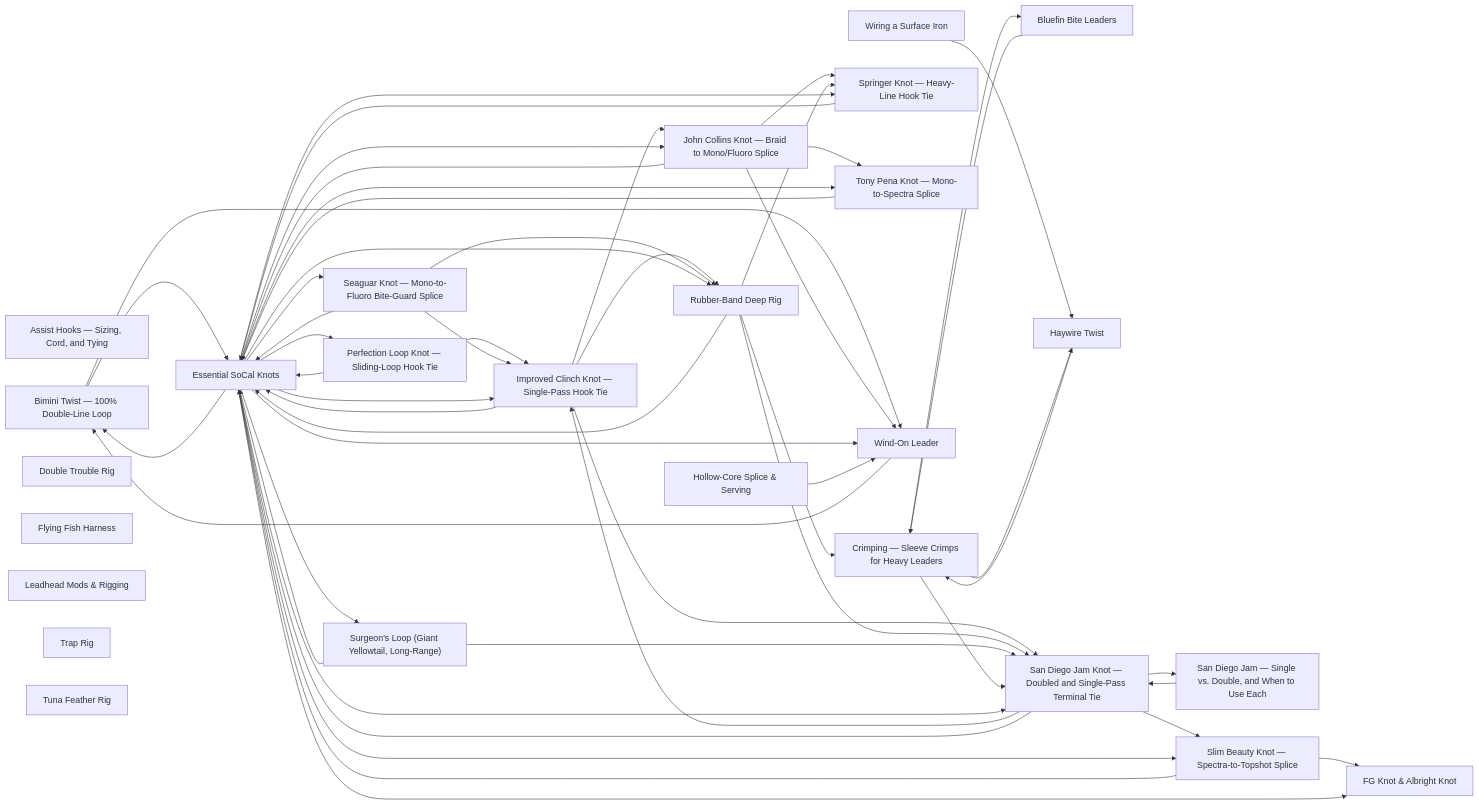
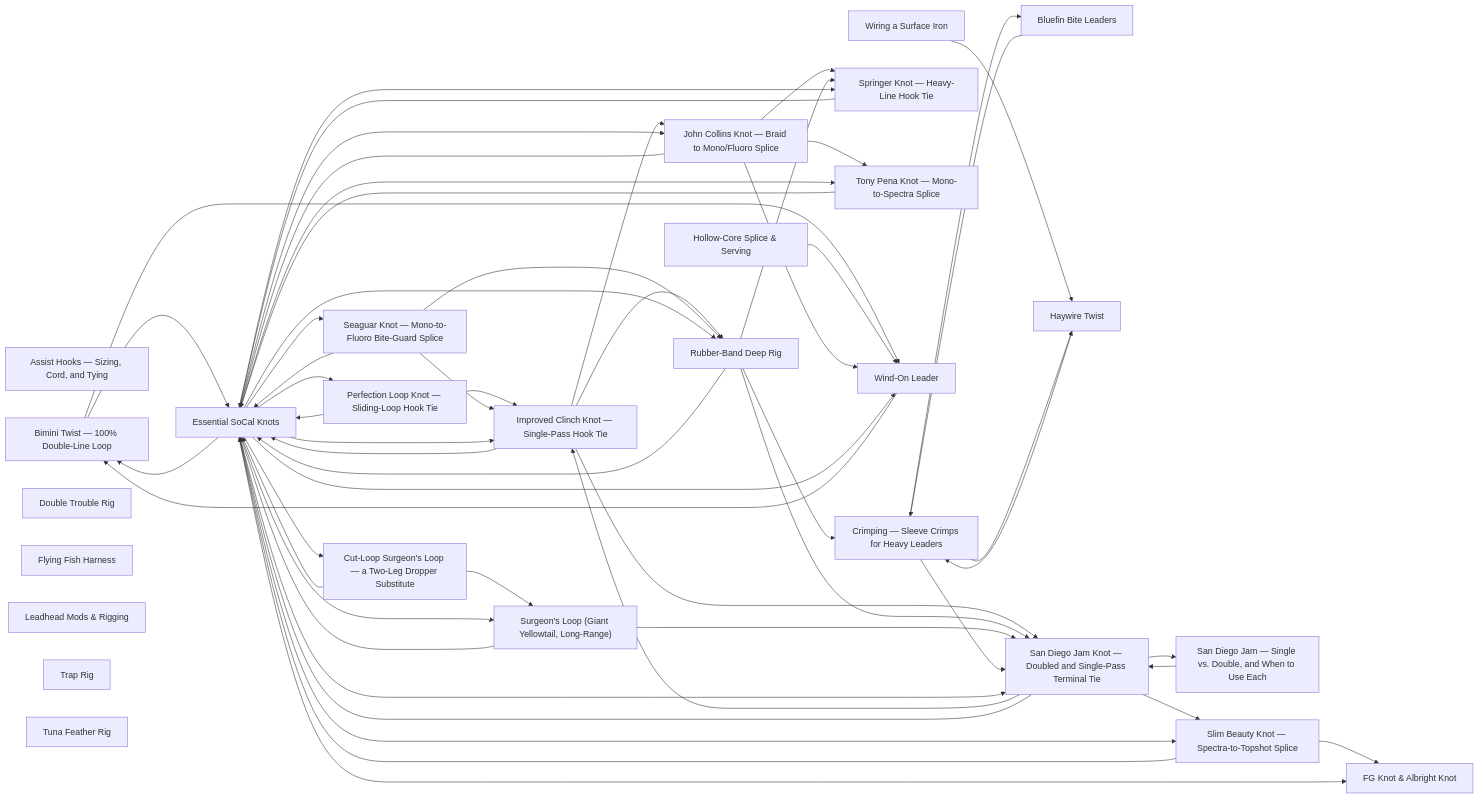
One commit to camchuckpete-max/Socal-Fishing-Knowledge changed the diagram in rigging/README.md. Above: the diagram before and after it, drawn with Mermaid. The commit also changed other lines of this file and 7 other files, not shown here.

````diff
--- a/rigging/README.md
+++ b/rigging/README.md
@@ -42,77 +43,81 @@
   n1["Bimini Twist — 100% Double-Line Loop"]
   n2["Bluefin Bite Leaders"]
   n3["Crimping — Sleeve Crimps for Heavy Leaders"]
-  n4["Double Trouble Rig"]
-  n5["Essential SoCal Knots"]
-  n6["FG Knot & Albright Knot"]
-  n7["Flying Fish Harness"]
-  n8["Haywire Twist"]
-  n9["Hollow-Core Splice & Serving"]
-  n10["Improved Clinch Knot — Single-Pass Hook Tie"]
-  n11["John Collins Knot — Braid to Mono/Fluoro Splice"]
-  n12["Leadhead Mods & Rigging"]
-  n13["Perfection Loop Knot — Sliding-Loop Hook Tie"]
-  n14["Rubber-Band Deep Rig"]
-  n15["San Diego Jam Knot — Doubled and Single-Pass Terminal Tie"]
-  n16["San Diego Jam — Single vs. Double, and When to Use Each"]
-  n17["Seaguar Knot — Mono-to-Fluoro Bite-Guard Splice"]
-  n18["Slim Beauty Knot — Spectra-to-Topshot Splice"]
-  n19["Springer Knot — Heavy-Line Hook Tie"]
-  n20["Surgeon's Loop (Giant Yellowtail, Long-Range)"]
-  n21["Tony Pena Knot — Mono-to-Spectra Splice"]
-  n22["Trap Rig"]
-  n23["Tuna Feather Rig"]
-  n24["Wind-On Leader"]
-  n25["Wiring a Surface Iron"]
-  n1 --> n24
-  n1 --> n5
-  n10 --> n11
-  n10 --> n14
-  n10 --> n15
-  n10 --> n5
-  n11 --> n19
-  n11 --> n21
-  n11 --> n24
-  n11 --> n5
-  n13 --> n10
-  n13 --> n5
-  n14 --> n15
-  n14 --> n19
-  n14 --> n3
-  n14 --> n5
-  n15 --> n10
+  n4["Cut-Loop Surgeon's Loop — a Two-Leg Dropper Substitute"]
+  n5["Double Trouble Rig"]
+  n6["Essential SoCal Knots"]
+  n7["FG Knot & Albright Knot"]
+  n8["Flying Fish Harness"]
+  n9["Haywire Twist"]
+  n10["Hollow-Core Splice & Serving"]
+  n11["Improved Clinch Knot — Single-Pass Hook Tie"]
+  n12["John Collins Knot — Braid to Mono/Fluoro Splice"]
+  n13["Leadhead Mods & Rigging"]
+  n14["Perfection Loop Knot — Sliding-Loop Hook Tie"]
+  n15["Rubber-Band Deep Rig"]
+  n16["San Diego Jam Knot — Doubled and Single-Pass Terminal Tie"]
+  n17["San Diego Jam — Single vs. Double, and When to Use Each"]
+  n18["Seaguar Knot — Mono-to-Fluoro Bite-Guard Splice"]
+  n19["Slim Beauty Knot — Spectra-to-Topshot Splice"]
+  n20["Springer Knot — Heavy-Line Hook Tie"]
+  n21["Surgeon's Loop (Giant Yellowtail, Long-Range)"]
+  n22["Tony Pena Knot — Mono-to-Spectra Splice"]
+  n23["Trap Rig"]
+  n24["Tuna Feather Rig"]
+  n25["Wind-On Leader"]
+  n26["Wiring a Surface Iron"]
+  n1 --> n25
+  n1 --> n6
+  n10 --> n25
+  n11 --> n12
+  n11 --> n15
+  n11 --> n16
+  n11 --> n6
+  n12 --> n20
+  n12 --> n22
+  n12 --> n25
+  n12 --> n6
+  n14 --> n11
+  n14 --> n6
   n15 --> n16
-  n15 --> n18
-  n15 --> n5
-  n16 --> n15
-  n17 --> n10
-  n17 --> n14
-  n17 --> n5
-  n18 --> n5
+  n15 --> n20
+  n15 --> n3
+  n15 --> n6
+  n16 --> n11
+  n16 --> n17
+  n16 --> n19
+  n16 --> n6
+  n17 --> n16
+  n18 --> n11
+  n18 --> n15
   n18 --> n6
-  n19 --> n5
+  n19 --> n6
+  n19 --> n7
   n2 --> n3
-  n20 --> n15
-  n20 --> n5
-  n21 --> n5
-  n24 --> n1
-  n25 --> n8
-  n3 --> n15
+  n20 --> n6
+  n21 --> n16
+  n21 --> n6
+  n22 --> n6
+  n25 --> n1
+  n26 --> n9
+  n3 --> n16
   n3 --> n2
-  n3 --> n8
-  n5 --> n1
-  n5 --> n10
-  n5 --> n11
-  n5 --> n13
-  n5 --> n14
-  n5 --> n15
-  n5 --> n17
-  n5 --> n18
-  n5 --> n19
-  n5 --> n20
-  n5 --> n21
-  n5 --> n24
-  n5 --> n6
-  n8 --> n3
-  n9 --> n24
+  n3 --> n9
+  n4 --> n21
+  n4 --> n6
+  n6 --> n1
+  n6 --> n11
+  n6 --> n12
+  n6 --> n14
+  n6 --> n15
+  n6 --> n16
+  n6 --> n18
+  n6 --> n19
+  n6 --> n20
+  n6 --> n21
+  n6 --> n22
+  n6 --> n25
+  n6 --> n4
+  n6 --> n7
+  n9 --> n3
 ```
````
